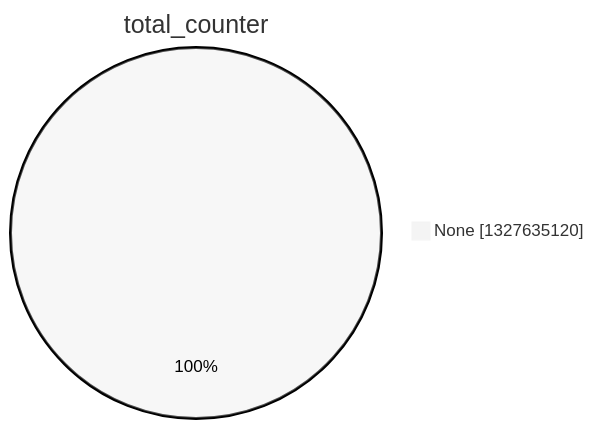
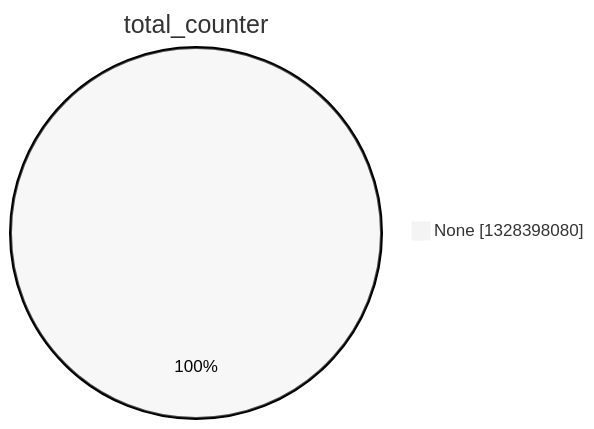
One commit to christiankrug/ctmonitor_visualization changed the second of 15 diagrams in argon2022/README.md. Above: the diagram before and after it, drawn with Mermaid (neutral theme). The commit also changed other lines of this file, not shown here.

````diff
--- a/argon2022/README.md
+++ b/argon2022/README.md
@@ -9,5 +9,5 @@
 ```mermaid
 pie showData
 title total_counter
-"None" :1327635120
+"None" :1328398080
 ```
````
